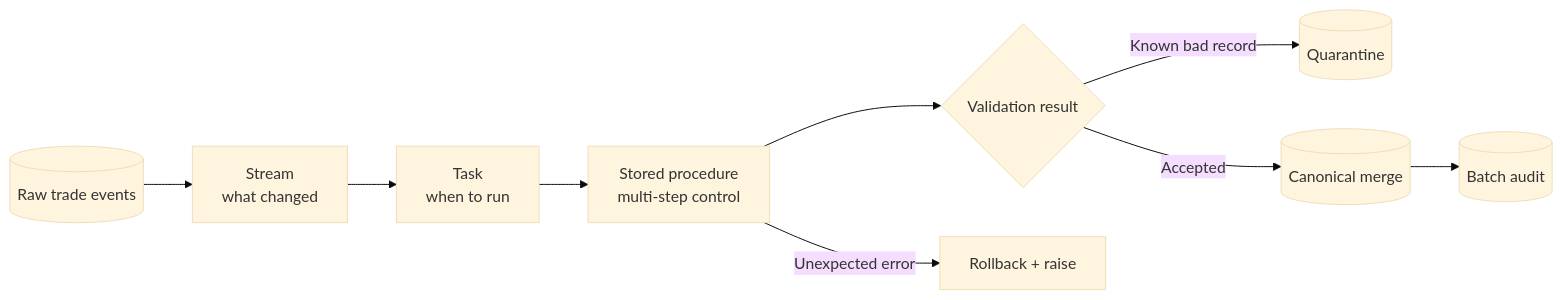
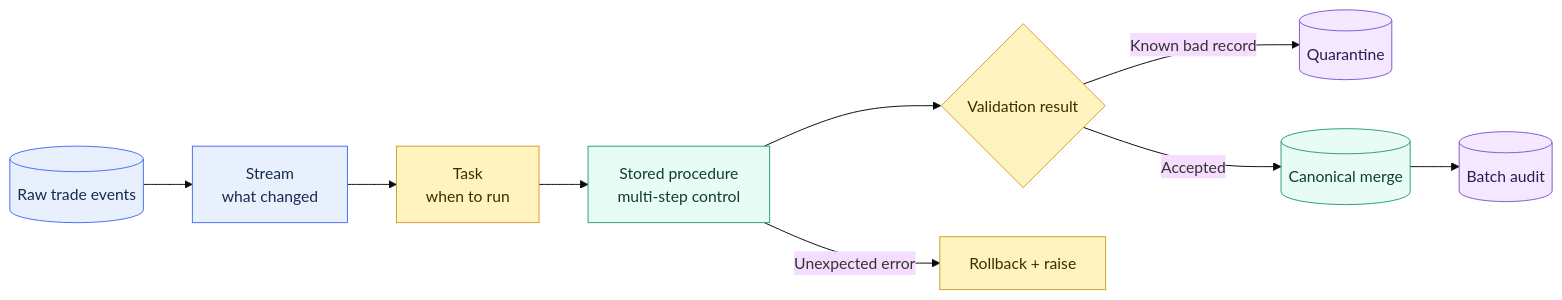
The first of 2 diagrams in 01 Snowflake/04 Data Engineering/26 Stored Procedures.md (shonningsoy/Upskill), drawn with Mermaid (base theme) before and after one commit. The commit also changed other lines of this file and 14 other files, not shown here.

````diff
--- a/01 Snowflake/04 Data Engineering/26 Stored Procedures.md
+++ b/01 Snowflake/04 Data Engineering/26 Stored Procedures.md
@@ -76,11 +79,21 @@
 ```mermaid
 flowchart LR
     RAW[(Raw trade events)] --> STR[Stream<br/>what changed]
     STR --> TSK[Task<br/>when to run]
     TSK --> PROC[Stored procedure<br/>multi-step control]
     PROC --> VAL{Validation result}
     VAL -->|Known bad record| QUAR[(Quarantine)]
     VAL -->|Accepted| MERGE[(Canonical merge)]
     MERGE --> AUDIT[(Batch audit)]
     PROC -->|Unexpected error| RB[Rollback + raise]
+
+    classDef input fill:#E8F0FE,stroke:#4C6EF5,color:#172B4D
+    classDef control fill:#FFF3BF,stroke:#D69E2E,color:#3D2E00
+    classDef snowflake fill:#E6FCF5,stroke:#2F9E7B,color:#123C34
+    classDef platform fill:#F1F3F5,stroke:#868E96,color:#212529
+    classDef output fill:#F3E8FF,stroke:#805AD5,color:#2D1B4E
+    class RAW,STR input
+    class TSK,VAL,RB control
+    class PROC,MERGE snowflake
+    class QUAR,AUDIT output
 ```
````
